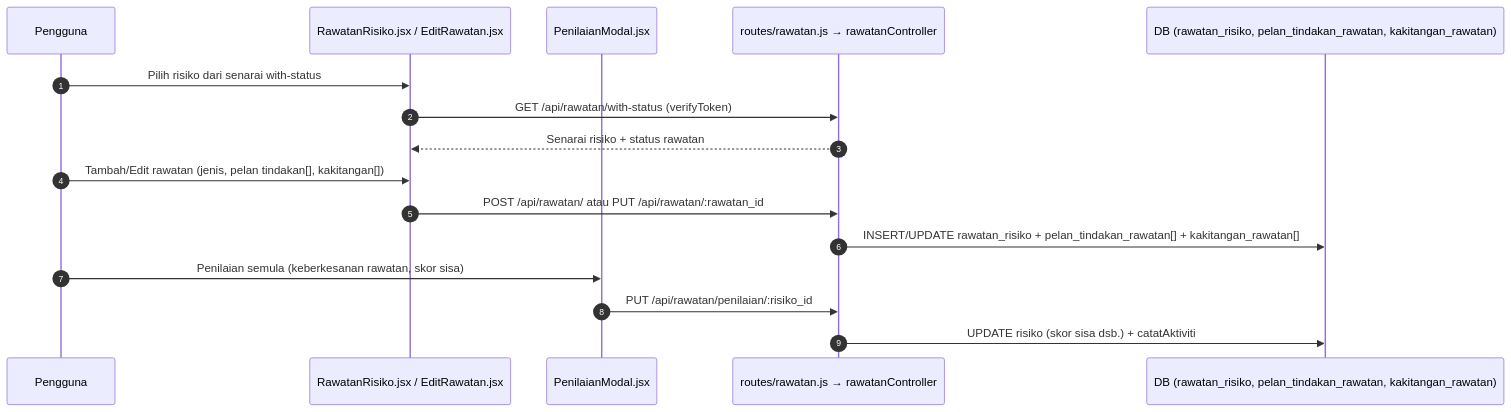
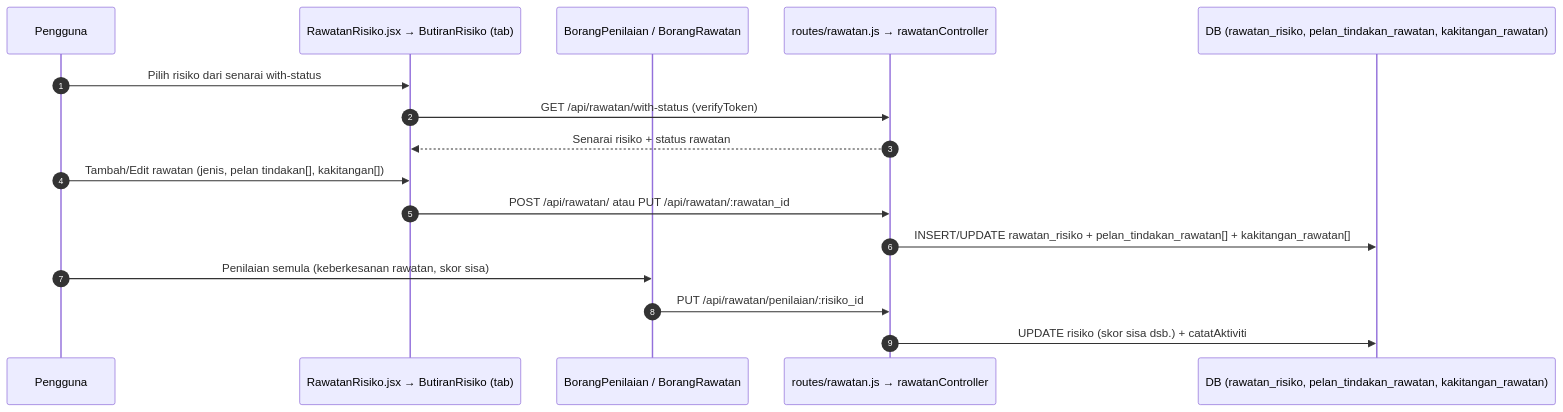
Before and after one commit to aimaniss/RiskManagementSystem: the diagram in docs/pipeline/03-rawatan.md, drawn with Mermaid. The commit also changed other lines of this file and 38 other files, not shown here.

````diff
--- a/docs/pipeline/03-rawatan.md
+++ b/docs/pipeline/03-rawatan.md
@@ -10,19 +10,19 @@
 ```mermaid
 sequenceDiagram
   autonumber
   participant U as Pengguna
-  participant R as RawatanRisiko.jsx / EditRawatan.jsx
-  participant P as PenilaianModal.jsx
+  participant R as RawatanRisiko.jsx → ButiranRisiko (tab)
+  participant P as BorangPenilaian / BorangRawatan
   participant B as routes/rawatan.js → rawatanController
   participant DB as DB (rawatan_risiko, pelan_tindakan_rawatan, kakitangan_rawatan)
 
   U->>R: Pilih risiko dari senarai with-status
   R->>B: GET /api/rawatan/with-status (verifyToken)
   B-->>R: Senarai risiko + status rawatan
   U->>R: Tambah/Edit rawatan (jenis, pelan tindakan[], kakitangan[])
   R->>B: POST /api/rawatan/  atau  PUT /api/rawatan/:rawatan_id
   B->>DB: INSERT/UPDATE rawatan_risiko + pelan_tindakan_rawatan[] + kakitangan_rawatan[]
   U->>P: Penilaian semula (keberkesanan rawatan, skor sisa)
   P->>B: PUT /api/rawatan/penilaian/:risiko_id
   B->>DB: UPDATE risiko (skor sisa dsb.) + catatAktiviti
 ```
````
